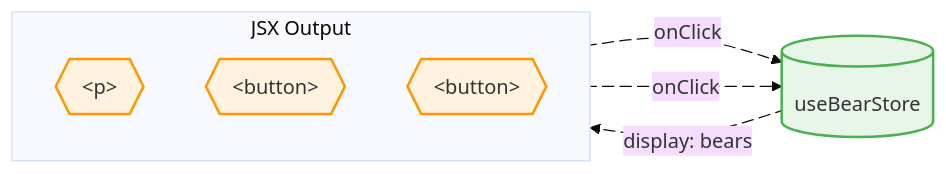
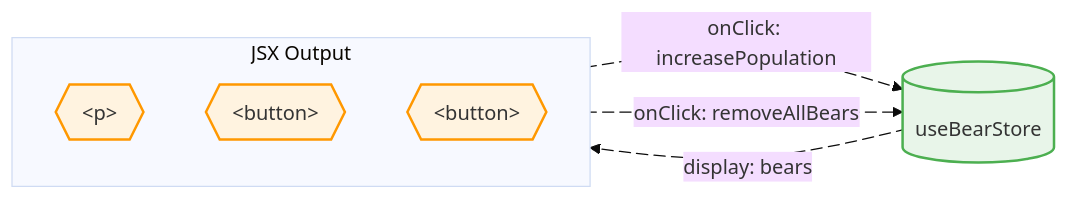
One commit to shibukawa/web-component-analyzer changed the diagram in examples/react-vite/src/components/160-Zustand-StateManagement.mmd. Above: the diagram before and after it, drawn with Mermaid. The commit also changed 5 other files, not shown here.

```diff
--- a/examples/react-vite/src/components/160-Zustand-StateManagement.mmd
+++ b/examples/react-vite/src/components/160-Zustand-StateManagement.mmd
@@ -1,32 +1,32 @@
 %%{init: {'theme': 'base', 'themeVariables': {'fontFamily': 'Comic Sans MS, cursive'}, 'flowchart': {'curve': 'basis', 'padding': 20}}}%%
 flowchart LR
   library_hook_0[("useBearStore")]
   jsx_element_0["p"]
   jsx_element_1["button"]
   jsx_element_2["button"]
   subgraph subgraph_0["JSX Output"]
     direction TB
       jsx_element_0@{ shape: hex, label: "&lt;p&gt;" }
       jsx_element_1@{ shape: hex, label: "&lt;button&gt;" }
       jsx_element_2@{ shape: hex, label: "&lt;button&gt;" }
   end
   library_hook_0 elibrary_hook_0_jsx_element_0@-->|"display: bears"| jsx_element_0
   elibrary_hook_0_jsx_element_0@{ animate: true }
-  jsx_element_1 ejsx_element_1_library_hook_0@-->|"onClick"| library_hook_0
+  jsx_element_1 ejsx_element_1_library_hook_0@-->|"onClick: increasePopulation"| library_hook_0
   ejsx_element_1_library_hook_0@{ animate: true }
-  jsx_element_2 ejsx_element_2_library_hook_0@-->|"onClick"| library_hook_0
+  jsx_element_2 ejsx_element_2_library_hook_0@-->|"onClick: removeAllBears"| library_hook_0
   ejsx_element_2_library_hook_0@{ animate: true }
 
   %% Styling
   classDef inputProp fill:#E3F2FD,stroke:#2196F3,stroke-width:2px
   classDef outputProp fill:#FFF3E0,stroke:#FF9800,stroke-width:2px
   classDef process fill:#F3E5F5,stroke:#9C27B0,stroke-width:3px
   classDef dataStore fill:#E8F5E9,stroke:#4CAF50,stroke-width:2px
   classDef jsxElement fill:#FFF3E0,stroke:#FF9800,stroke-width:2px
   classDef contextData fill:#E1F5FE,stroke:#0288D1,stroke-width:2px
   classDef contextFunction fill:#FFF9C4,stroke:#F57C00,stroke-width:2px
   classDef exportedHandler fill:#E8F5E9,stroke:#4CAF50,stroke-width:2px
   class library_hook_0 dataStore
   class jsx_element_0 jsxElement
   class jsx_element_1 jsxElement
   class jsx_element_2 jsxElement
```
